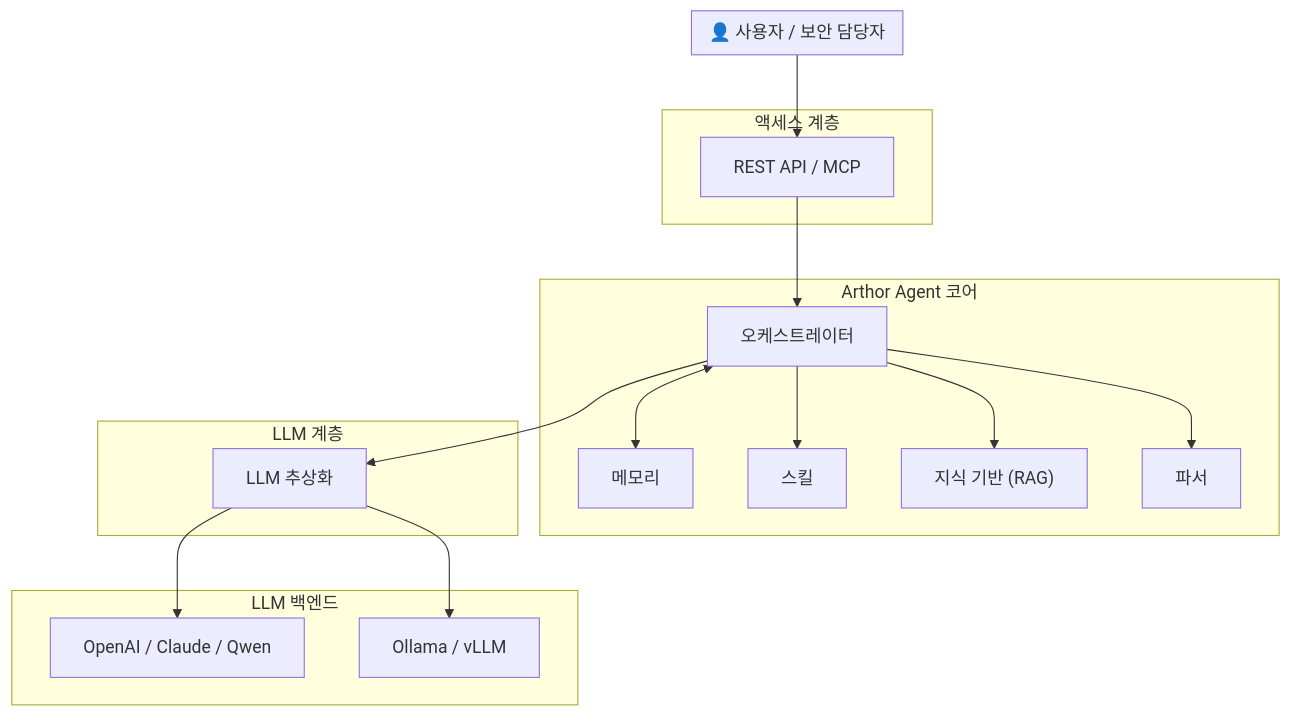
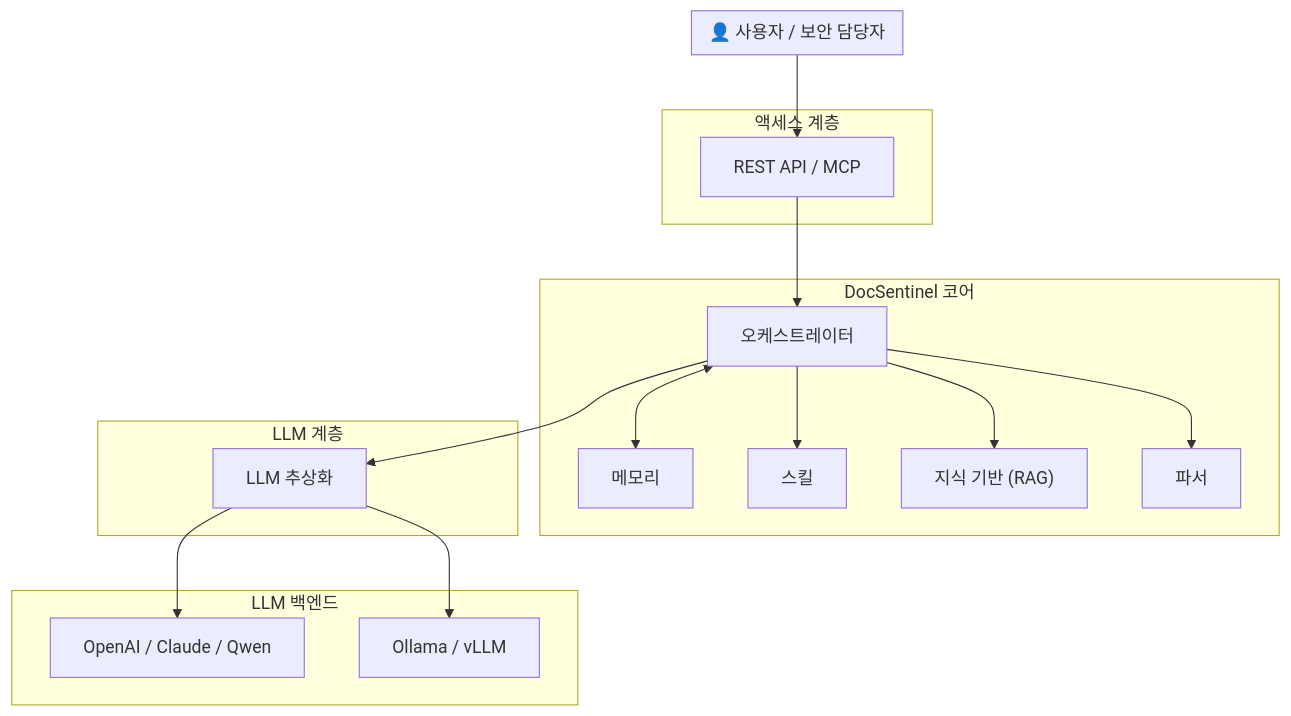
The diagram in README_ko.md (arthurpanhku/Arthor-Agent), drawn with Mermaid before and after one commit. The commit also changed other lines of this file and 57 other files, not shown here.

````diff
--- a/README_ko.md
+++ b/README_ko.md
@@ -65,32 +65,32 @@
 ```mermaid
 flowchart TB
     subgraph User["👤 사용자 / 보안 담당자"]
     end
     subgraph Access["액세스 계층"]
         API["REST API / MCP"]
     end
-    subgraph Core["Arthor Agent 코어"]
+    subgraph Core["DocSentinel 코어"]
         Orch["오케스트레이터"]
         Mem["메모리"]
         Skill["스킬"]
         KB["지식 기반 (RAG)"]
         Parser["파서"]
     end
     subgraph LLM["LLM 계층"]
         Abst["LLM 추상화"]
     end
     subgraph Backends["LLM 백엔드"]
         Cloud["OpenAI / Claude / Qwen"]
         Local["Ollama / vLLM"]
     end
 
     User --> API
     API --> Orch
     Orch <--> Mem
     Orch --> Skill
     Orch --> KB
     Orch --> Parser
     Orch --> Abst
     Abst --> Cloud
     Abst --> Local
 ```
````
